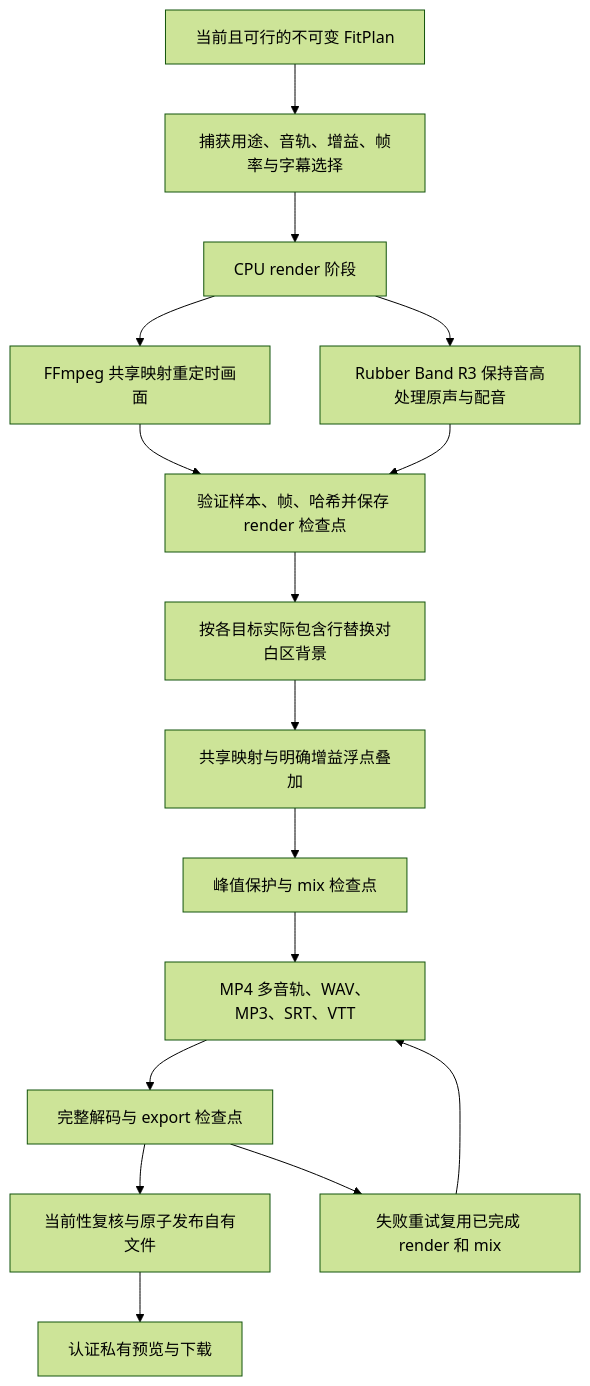
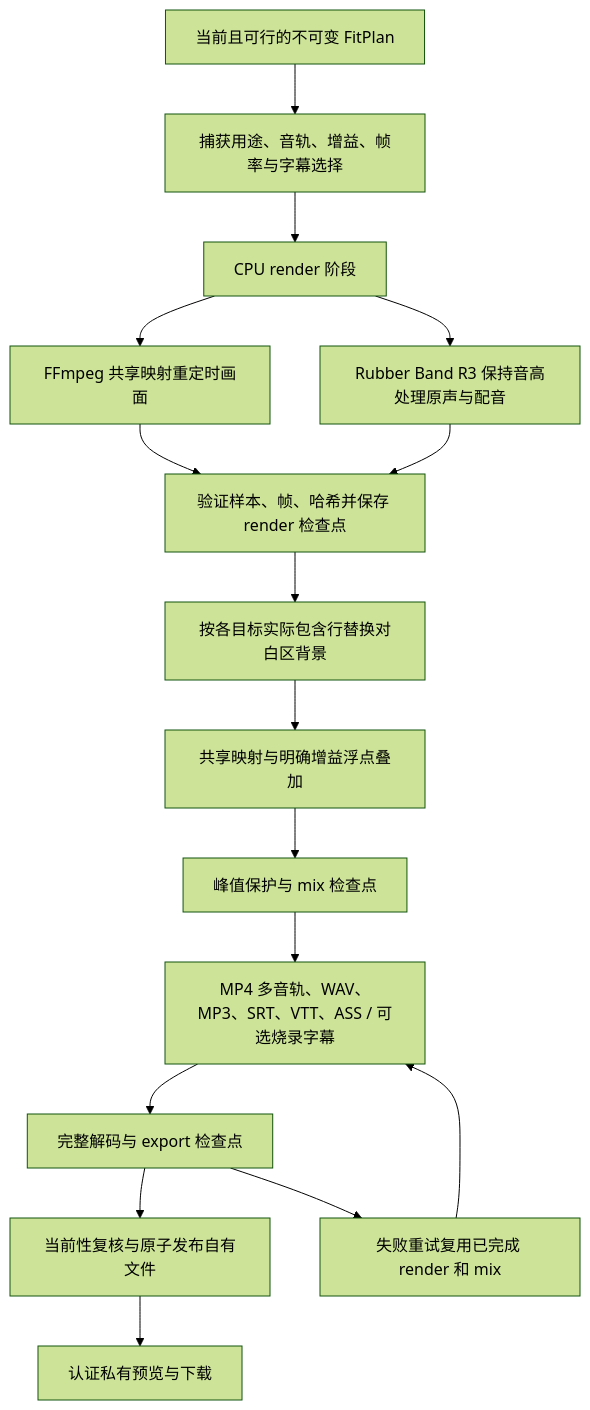
Before and after one commit to moose-lab/video-translate: the fifth of 5 diagrams in docs/engineering/voice-dubbing-source-flows.md, drawn with Mermaid (forest theme). The commit also changed other lines of this file and 4 other files, not shown here.

````diff
--- a/docs/engineering/voice-dubbing-source-flows.md
+++ b/docs/engineering/voice-dubbing-source-flows.md
@@ -104,18 +106,18 @@
 ```mermaid
 flowchart TD
   F[当前且可行的不可变 FitPlan] --> C[捕获用途、音轨、增益、帧率与字幕选择]
   C --> R[CPU render 阶段]
   R --> V[FFmpeg 共享映射重定时画面]
   R --> A[Rubber Band R3 保持音高处理原声与配音]
   V --> RC[验证样本、帧、哈希并保存 render 检查点]
   A --> RC
   RC --> B[按各目标实际包含行替换对白区背景]
   B --> M[共享映射与明确增益浮点叠加]
   M --> MC[峰值保护与 mix 检查点]
-  MC --> X[MP4 多音轨、WAV、MP3、SRT、VTT]
+  MC --> X[MP4 多音轨、WAV、MP3、SRT、VTT、ASS / 可选烧录字幕]
   X --> XC[完整解码与 export 检查点]
   XC --> P[当前性复核与原子发布自有文件]
   P --> D[认证私有预览与下载]
   XC --> RETRY[失败重试复用已完成 render 和 mix]
   RETRY --> X
 ```
````
